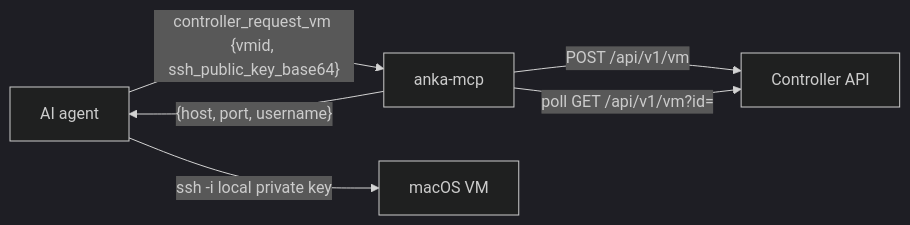
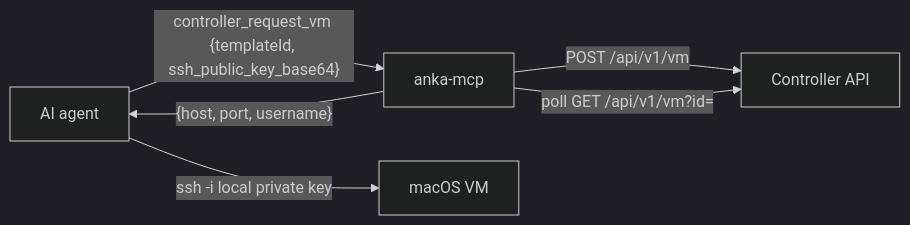
One commit to veertuinc/anka-mcp changed the diagram in README.md. Above: the diagram before and after it, drawn with Mermaid (dark theme). The commit also changed other lines of this file and 8 other files, not shown here.

Commit message:
templateId isntead of vmid

````diff
--- a/README.md
+++ b/README.md
@@ -82,8 +82,8 @@
 ```mermaid
 flowchart LR
-  agent["AI agent"] -->|"controller_request_vm {vmid, ssh_public_key_base64}"| mcp["anka-mcp"]
+  agent["AI agent"] -->|"controller_request_vm {templateId, ssh_public_key_base64}"| mcp["anka-mcp"]
   mcp -->|"POST /api/v1/vm"| ctl["Controller API"]
   mcp -->|"poll GET /api/v1/vm?id="| ctl
   mcp -->|"{host, port, username}"| agent
   agent -->|"ssh -i local private key"| vm["macOS VM"]
 ```
````
